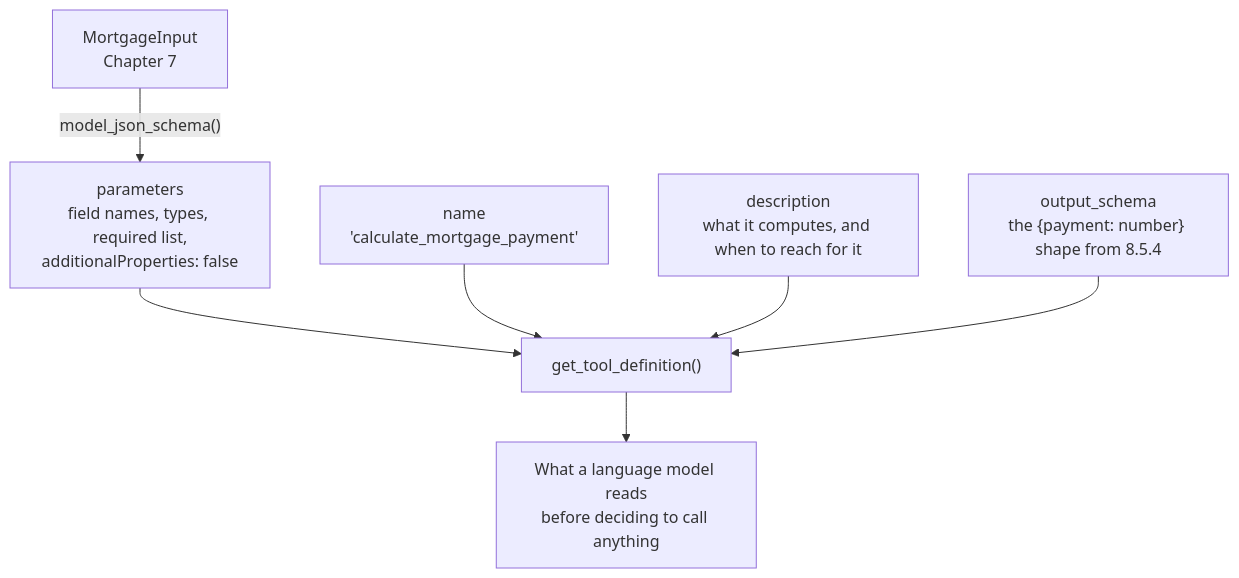
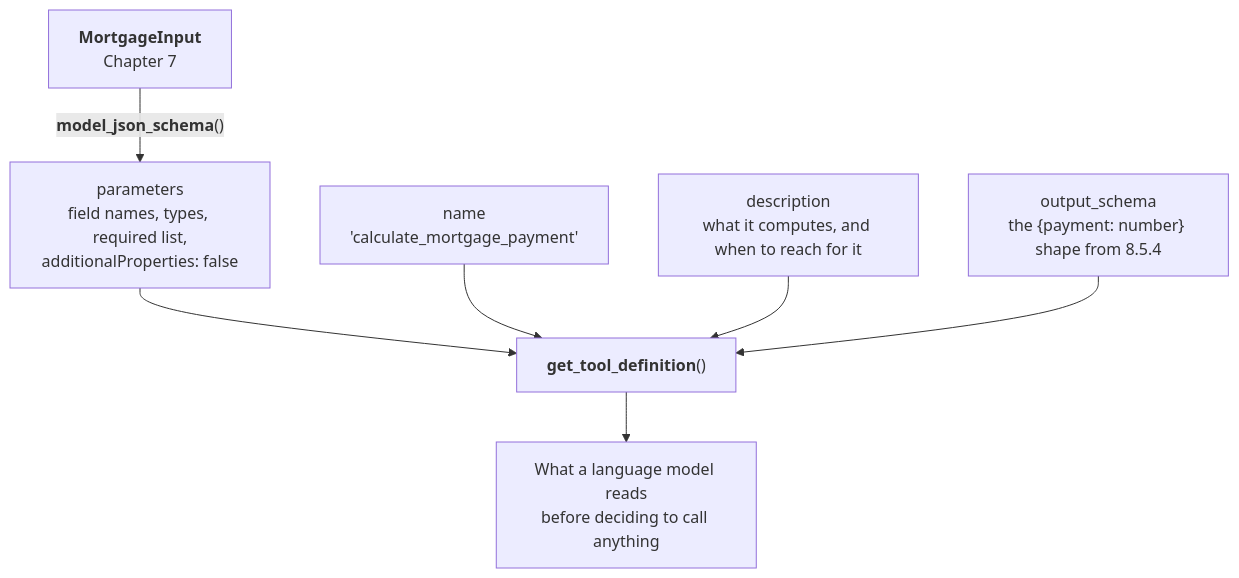
The first of 3 diagrams in manuscript/11-tool-interface.md (rioffe/intro_to_ai_software_engineering), drawn with Mermaid before and after one commit. The commit also changed other lines of this file and 17 other files, not shown here.

First line of the commit message:
Diagram readability pass, and keep diagrams with their intro sentence

````diff
--- a/manuscript/11-tool-interface.md
+++ b/manuscript/11-tool-interface.md
@@ -87,16 +87,16 @@
 ```mermaid
 flowchart TD
-    MI["MortgageInput<br/>Chapter 7"]
-    MI -->|"model_json_schema()"| PARAMS["parameters<br/>field names, types, required list,<br/>additionalProperties: false"]
+    MI["<b>MortgageInput</b><br/>Chapter 7"]
+    MI -->|"<b>model_json_schema</b>()"| PARAMS["parameters<br/>field names, types, required list,<br/>additionalProperties: false"]
 
     NAME["name<br/>'calculate_mortgage_payment'"]
     DESC["description<br/>what it computes, and when to reach for it"]
     OUT["output_schema<br/>the {payment: number} shape from 8.5.4"]
 
-    PARAMS --> DEF["get_tool_definition()"]
+    PARAMS --> DEF["<b>get_tool_definition</b>()"]
     NAME --> DEF
     DESC --> DEF
     OUT --> DEF
 
     DEF --> MODEL["What a language model reads<br/>before deciding to call anything"]
 ```
````
